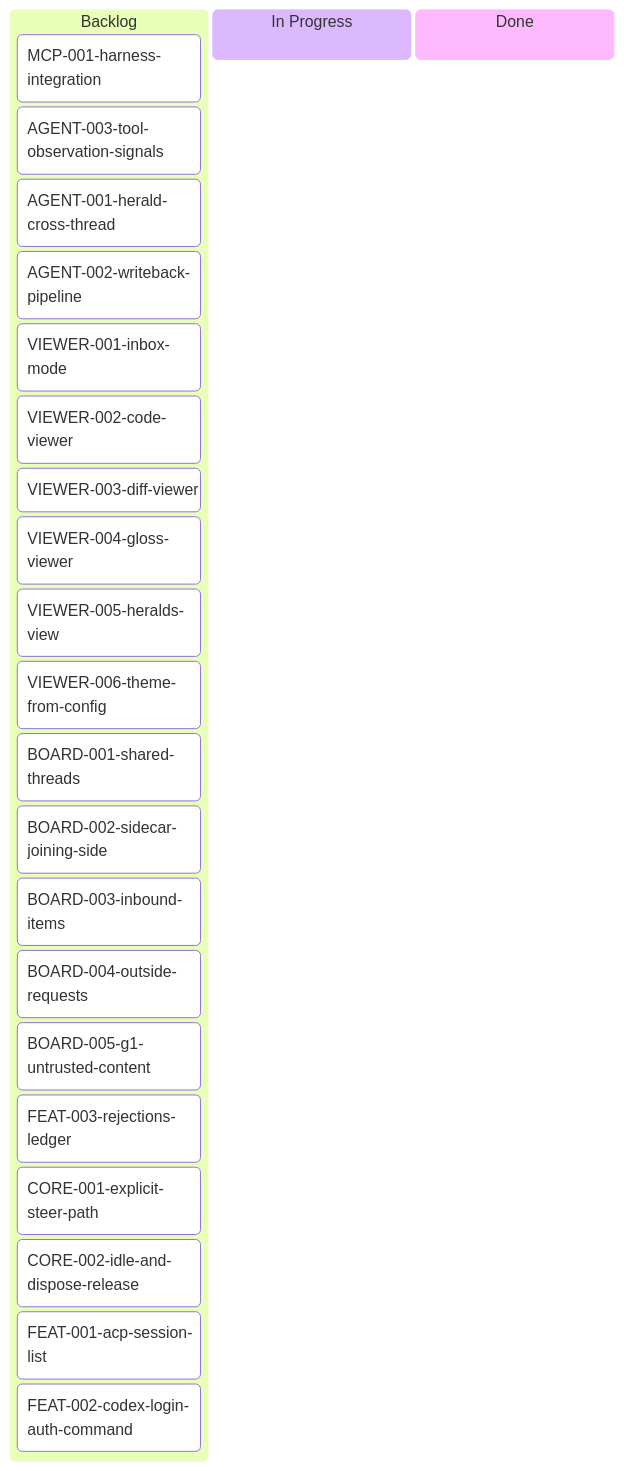
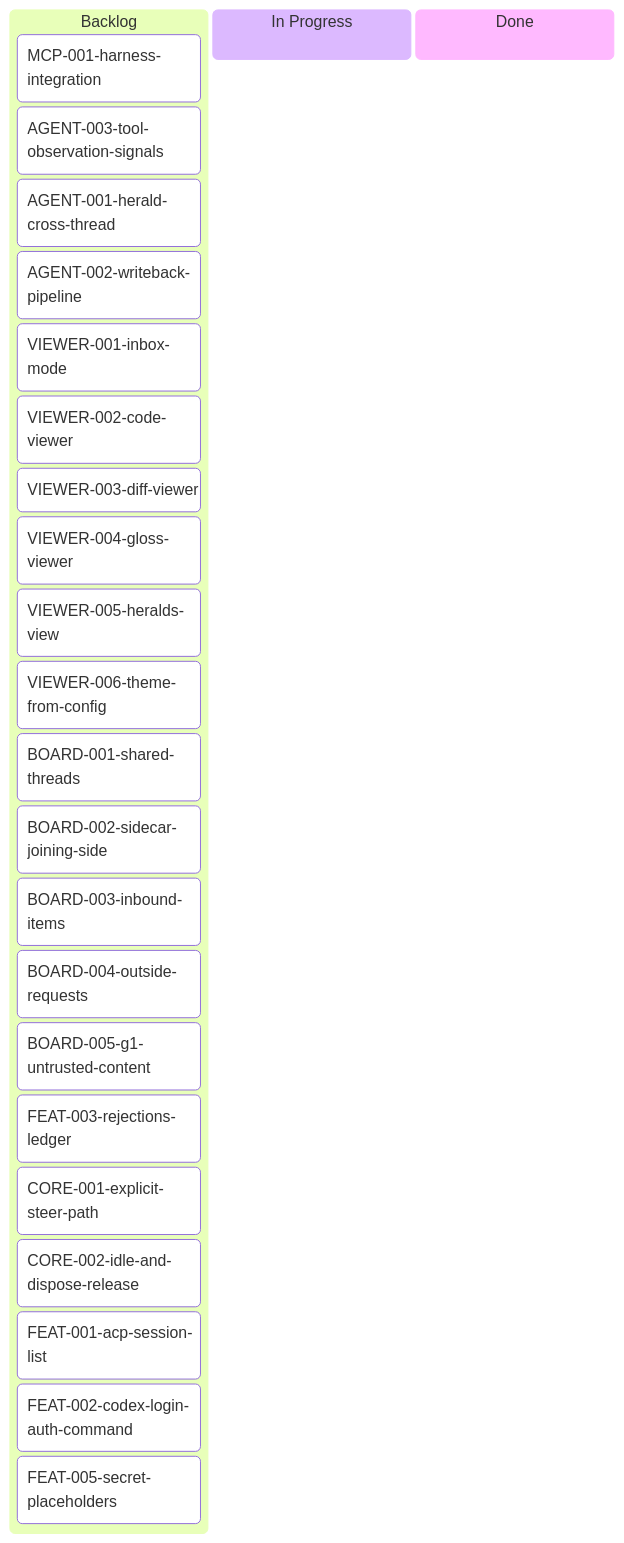
One commit to inixiative/foundry changed the diagram in tickets/kanban-backlog.md. Above: the diagram before and after it, drawn with Mermaid. The commit also changed other lines of this file and 1 other file, not shown here.

Commit message:
docs(tickets): FEAT-005 secret placeholders in messages

````diff
--- a/tickets/kanban-backlog.md
+++ b/tickets/kanban-backlog.md
@@ -3,31 +3,32 @@
 ```mermaid
 ---
 config:
   kanban:
     ticketBaseUrl: 'https://github.com/inixiative/foundry/blob/main/tickets/#TICKET#.md'
 ---
 kanban
   Backlog
     MCP-001-harness-integration
     AGENT-003-tool-observation-signals
     AGENT-001-herald-cross-thread
     AGENT-002-writeback-pipeline
     VIEWER-001-inbox-mode
     VIEWER-002-code-viewer
     VIEWER-003-diff-viewer
     VIEWER-004-gloss-viewer
     VIEWER-005-heralds-view
     VIEWER-006-theme-from-config
     BOARD-001-shared-threads
     BOARD-002-sidecar-joining-side
     BOARD-003-inbound-items
     BOARD-004-outside-requests
     BOARD-005-g1-untrusted-content
     FEAT-003-rejections-ledger
     CORE-001-explicit-steer-path
     CORE-002-idle-and-dispose-release
     FEAT-001-acp-session-list
     FEAT-002-codex-login-auth-command
+    FEAT-005-secret-placeholders
   In Progress
   Done
 ```
````
